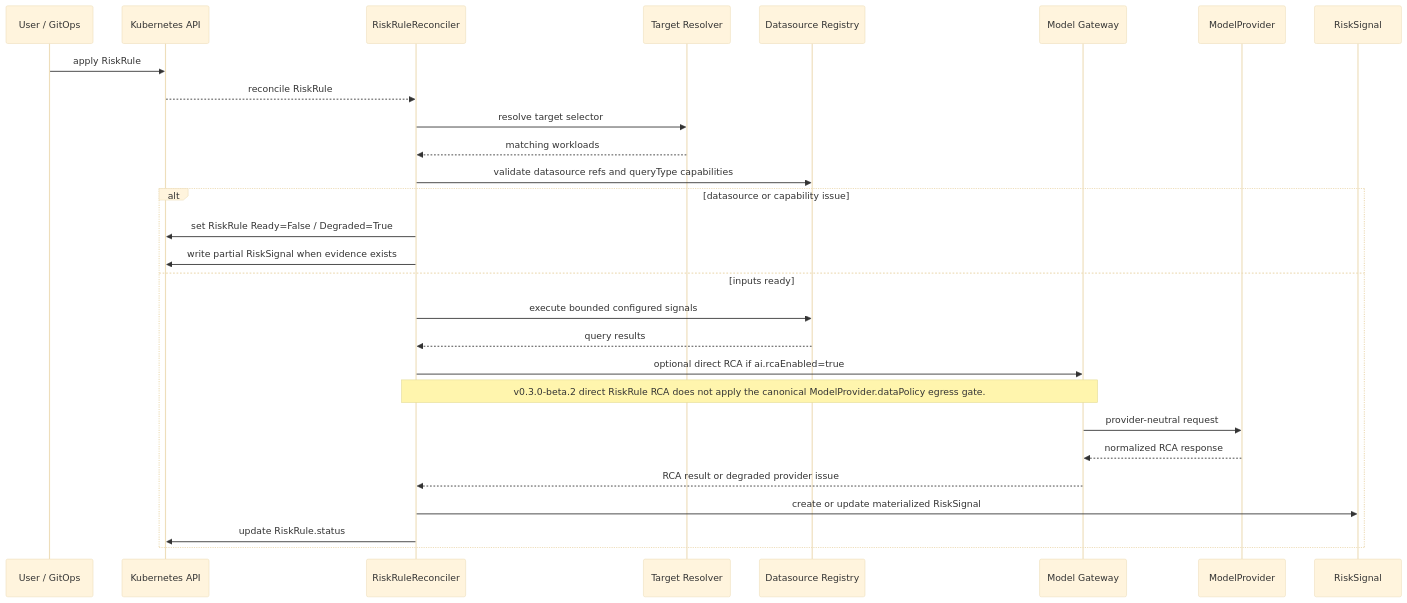
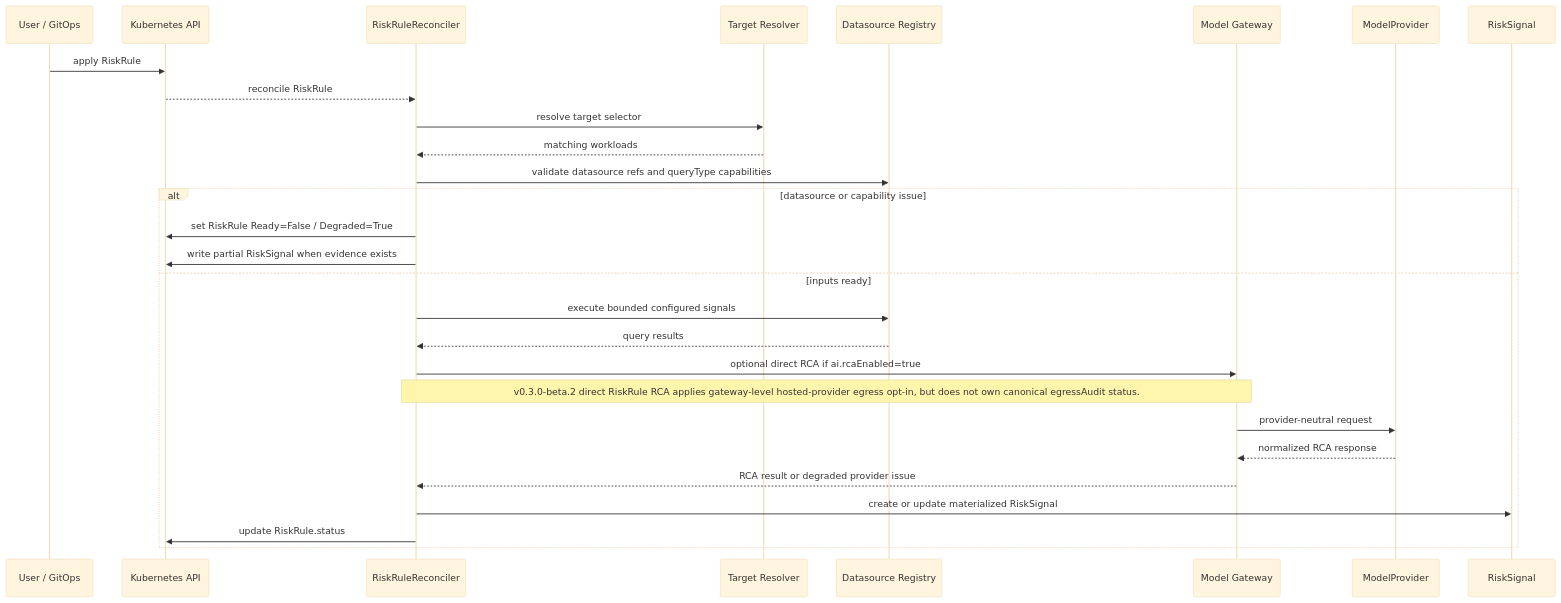
One commit to FluxSeer/fluxseer-rca changed the sixth of 18 diagrams in docs/architecture/mermaid-diagrams.md. Above: the diagram before and after it, drawn with Mermaid (base theme). The commit also changed other lines of this file and 5 other files, not shown here.

Commit message:
feat: harden RCA runtime policy boundaries

````diff
--- a/docs/architecture/mermaid-diagrams.md
+++ b/docs/architecture/mermaid-diagrams.md
@@ -400,31 +400,31 @@
 ```mermaid
 sequenceDiagram
     participant User as User / GitOps
     participant API as Kubernetes API
     participant RR as RiskRuleReconciler
     participant Resolver as Target Resolver
     participant DS as Datasource Registry
     participant GW as Model Gateway
     participant MP as ModelProvider
     participant RS as RiskSignal
 
     User->>API: apply RiskRule
     API-->>RR: reconcile RiskRule
     RR->>Resolver: resolve target selector
     Resolver-->>RR: matching workloads
     RR->>DS: validate datasource refs and queryType capabilities
     alt datasource or capability issue
         RR->>API: set RiskRule Ready=False / Degraded=True
         RR->>API: write partial RiskSignal when evidence exists
     else inputs ready
         RR->>DS: execute bounded configured signals
         DS-->>RR: query results
         RR->>GW: optional direct RCA if ai.rcaEnabled=true
-        Note over RR,GW: v0.3.0-beta.2 direct RiskRule RCA does not apply the canonical ModelProvider.dataPolicy egress gate.
+        Note over RR,GW: v0.3.0-beta.2 direct RiskRule RCA applies gateway-level hosted-provider egress opt-in, but does not own canonical egressAudit status.
         GW->>MP: provider-neutral request
         MP-->>GW: normalized RCA response
         GW-->>RR: RCA result or degraded provider issue
         RR->>RS: create or update materialized RiskSignal
         RR->>API: update RiskRule.status
     end
 ```
````
